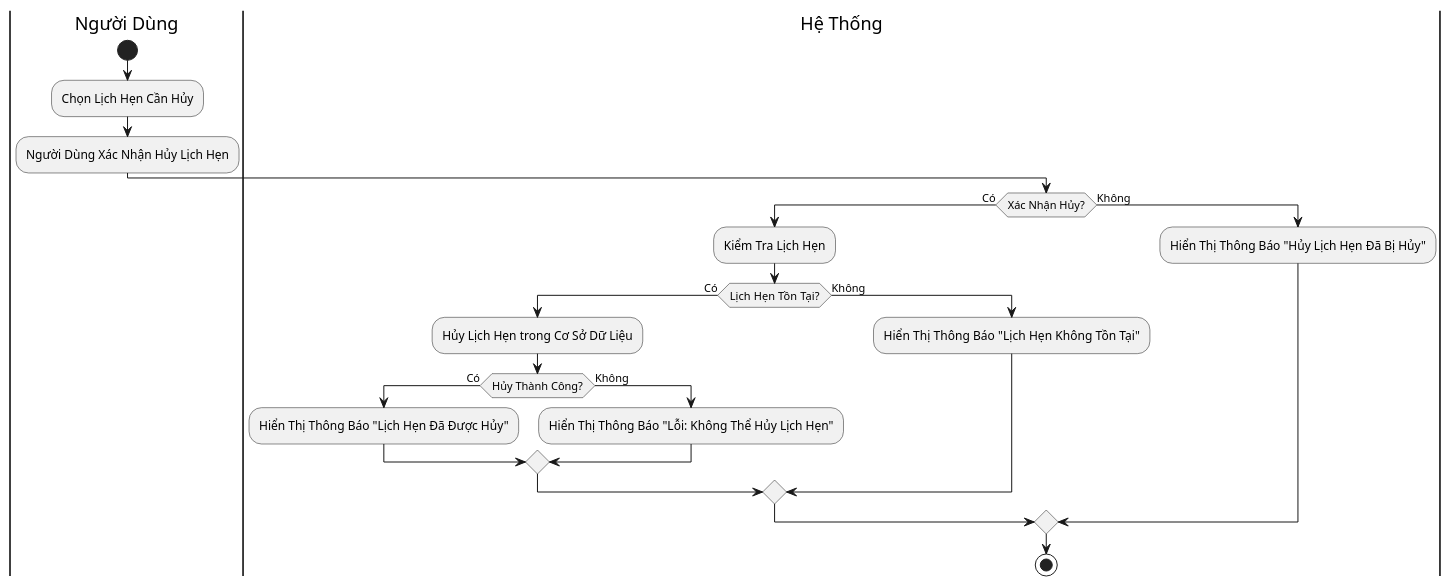
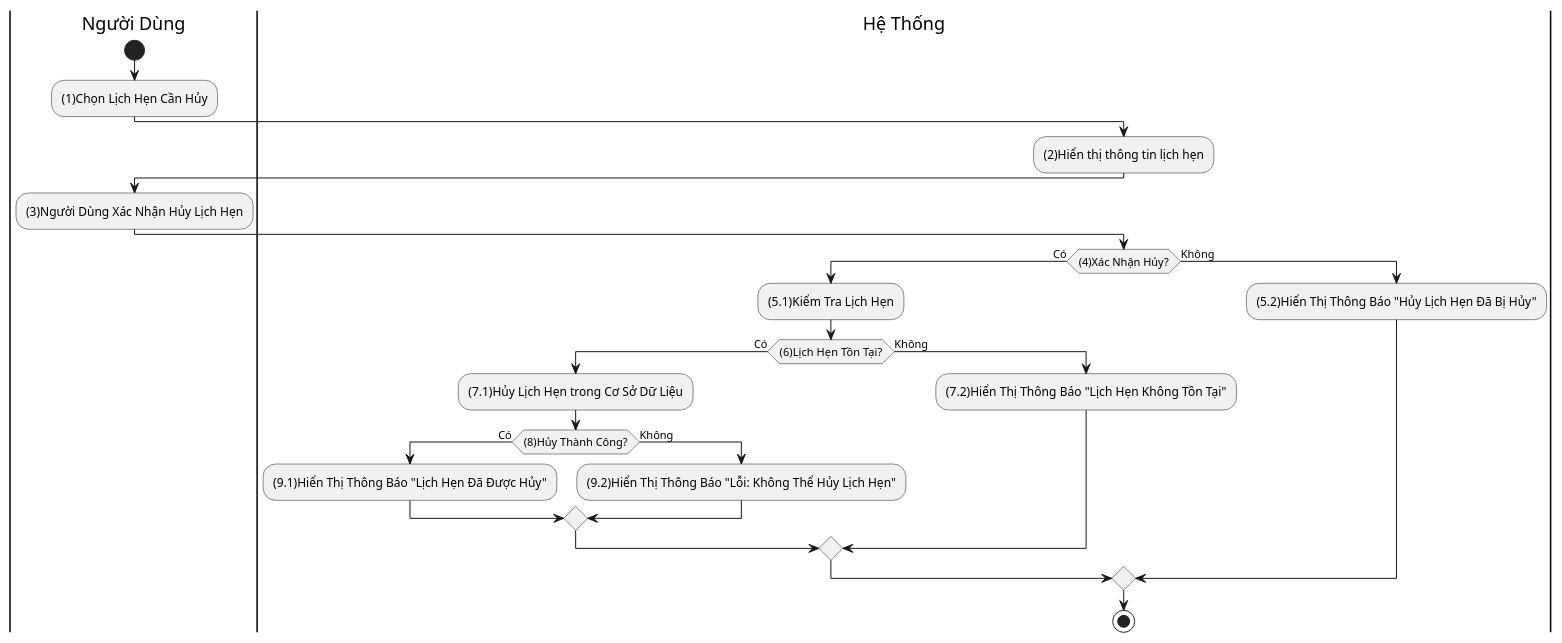
The diagram in Lab1/Lab1.2/Activity/UC3.AC2 Hủy lịch hẹn.plantuml (phutuctran/SE357-Pratice-class), drawn with PlantUML before and after one commit. The commit also changed 175 other files, not shown here.

```diff
--- a/Lab1/Lab1.2/Activity/UC3.AC2 Hủy lịch hẹn.plantuml
+++ b/Lab1/Lab1.2/Activity/UC3.AC2 Hủy lịch hẹn.plantuml
@@ -1,24 +1,27 @@
 @startuml
 |Người Dùng|
 start
-:Chọn Lịch Hẹn Cần Hủy;
-:Người Dùng Xác Nhận Hủy Lịch Hẹn;
+:(1)Chọn Lịch Hẹn Cần Hủy;
 |Hệ Thống|
-if (Xác Nhận Hủy?) then (Có)
-  :Kiểm Tra Lịch Hẹn;
-  if (Lịch Hẹn Tồn Tại?) then (Có)
-    :Hủy Lịch Hẹn trong Cơ Sở Dữ Liệu;
-    if (Hủy Thành Công?) then (Có)
-      :Hiển Thị Thông Báo "Lịch Hẹn Đã Được Hủy";
+:(2)Hiển thị thông tin lịch hẹn;
+|Người Dùng|
+:(3)Người Dùng Xác Nhận Hủy Lịch Hẹn;
+|Hệ Thống|
+if ((4)Xác Nhận Hủy?) then (Có)
+  :(5.1)Kiểm Tra Lịch Hẹn;
+  if ((6)Lịch Hẹn Tồn Tại?) then (Có)
+    :(7.1)Hủy Lịch Hẹn trong Cơ Sở Dữ Liệu;
+    if ((8)Hủy Thành Công?) then (Có)
+      :(9.1)Hiển Thị Thông Báo "Lịch Hẹn Đã Được Hủy";
     else (Không)
-      :Hiển Thị Thông Báo "Lỗi: Không Thể Hủy Lịch Hẹn";
+      :(9.2)Hiển Thị Thông Báo "Lỗi: Không Thể Hủy Lịch Hẹn";
     endif
   else (Không)
-    :Hiển Thị Thông Báo "Lịch Hẹn Không Tồn Tại";
+    :(7.2)Hiển Thị Thông Báo "Lịch Hẹn Không Tồn Tại";
   endif
   |Hệ Thống|
 else (Không)
-  :Hiển Thị Thông Báo "Hủy Lịch Hẹn Đã Bị Hủy";
+  :(5.2)Hiển Thị Thông Báo "Hủy Lịch Hẹn Đã Bị Hủy";
 endif
 stop
 @enduml
```
